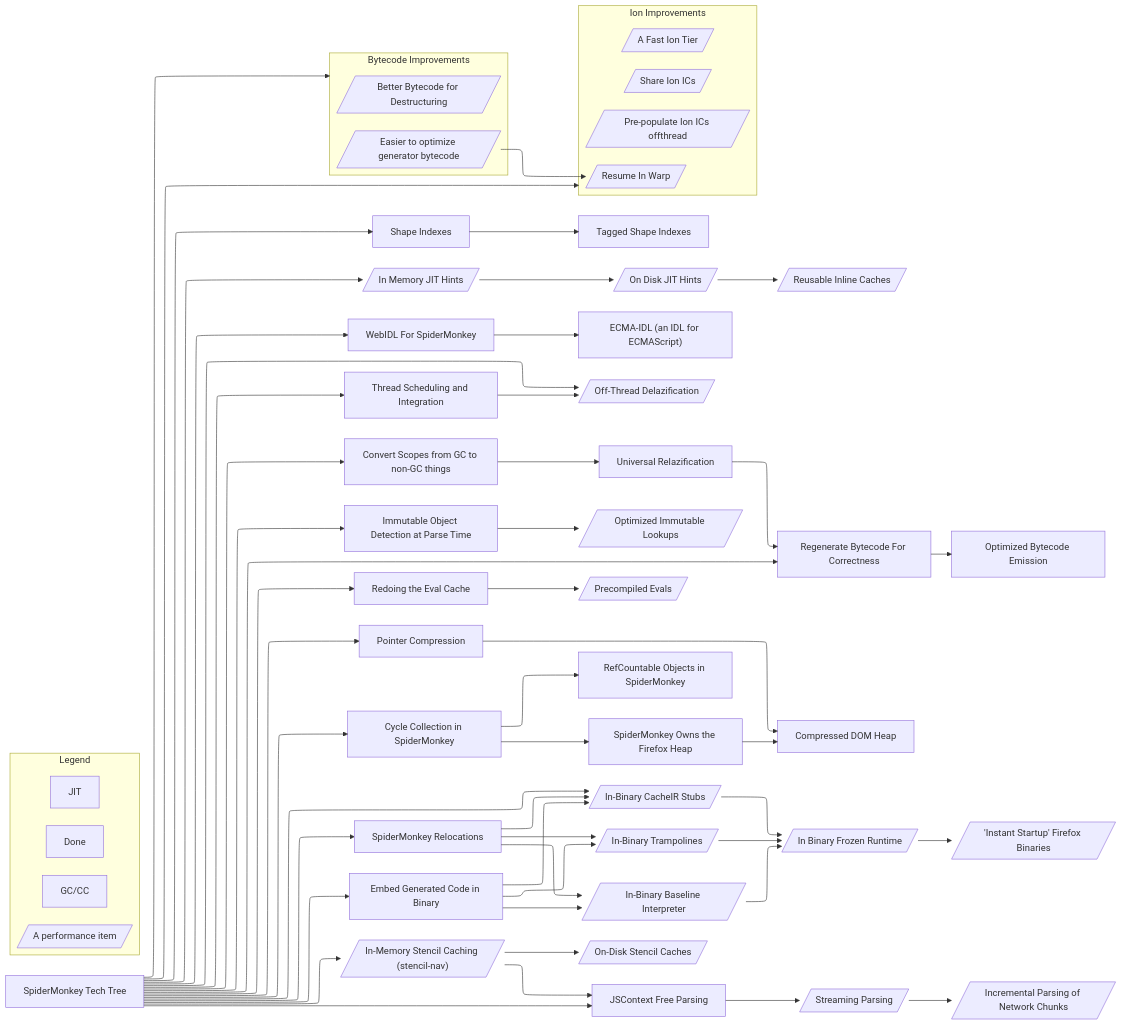
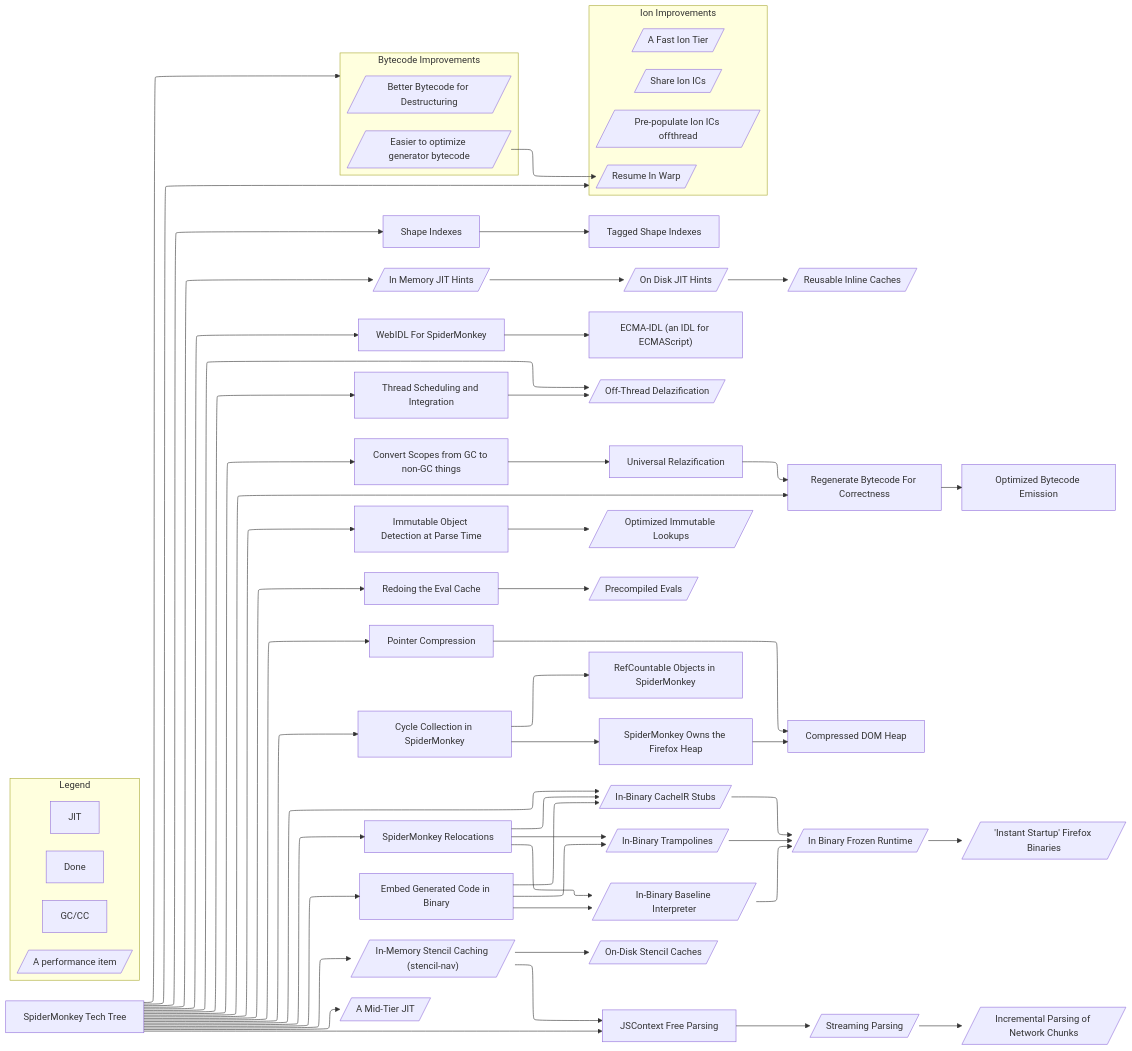
Before and after one commit to mozilla-spidermonkey/spidermonkey.dev: the diagram in tech_tree/diagram.mmd, drawn with Mermaid. The commit also changed 1 other file, not shown here.

Commit message:
Add mid-tier node

```diff
--- a/tech_tree/diagram.mmd
+++ b/tech_tree/diagram.mmd
@@ -1,129 +1,133 @@
 %%{init: {"flowchart": {"defaultRenderer": "elk"}} }%%
 %% Use the elk renderer: Much better for this diagram.
 %% -- However, using elk as our renderer does have downsides. Elk doesn't
 %%    support dotted lines.
 flowchart LR
     subgraph Legend
         Done
         class Done done
 
         GC["GC/CC"]
         class GC GC
 
         JIT
         class JIT JIT
 
 
         perf[/"A performance item"/]
     end
 
     root[SpiderMonkey Tech Tree] --> shapeIndexes[Shape Indexes]
     shapeIndexes --> taggedShapeIndexes[Tagged Shape Indexes]
     click shapeIndexes href "#shapeIndexes"
     click taggedShapeIndexes href "#taggedShapeIndexes"
 
     root --> inMemoryJITHints[/"In Memory JIT Hints"/] --> onDiskJITHints[/"On  Disk JIT Hints"/] --> ric[/"Reusable Inline Caches"/]
     class inMemoryJITHints done;
     click inMemoryJITHints href "https://bugzilla.mozilla.org/show_bug.cgi?id=1824772"
 
     class onDiskJITHints JIT;
     class ric JIT;
 
     click ric href "#ric"
 
     root --> webIDL["WebIDL For SpiderMonkey"] --> ecmaIDL["ECMA-IDL (an IDL for ECMAScript)"]
     root --> scheduling["Thread Scheduling and Integration"] --> offThreadDelazification[/"Off-Thread Delazification"/]
     root --> offThreadDelazification
     root --> nonGCScopes["Convert Scopes from GC to non-GC things"] --> universalRelazification["Universal Relazification"]
     click universalRelazification href "#universalRelazification"
 
     universalRelazification --> tossBytecode["Regenerate Bytecode For Correctness"]
     root --> tossBytecode --> optimizedBytecode["Optimized Bytecode Emission"]
     click tossBytecode href "#tossBytecode"
 
     root --> immutableFlag["Immutable Object Detection at Parse Time"] --> optimizedImmutableLookups[/"Optimized Immutable Lookups"/]
     click immutableFlag href "#immutableFlag"
 
     root --> evalCache["Redoing the Eval Cache"] --> precompiledEval[/"Precompiled Evals"/]
     root --> pointerCompression["Pointer Compression"] --> compressedDOM["Compressed DOM Heap"]
     class pointerCompression GC
     class compressedDOM GC
 
     root --> cc["Cycle Collection in SpiderMonkey"] --> refCount["RefCountable Objects in SpiderMonkey"]
     class cc GC
     class refCount GC
 
     cc --> smHeap["SpiderMonkey Owns the Firefox Heap"] --> compressedDOM
     class smHeap GC
 
     root --> inBinaryStubs[/"In-Binary CacheIR Stubs"/]
     root --> smRelocations["SpiderMonkey Relocations"]
     click smRelocations href "#smRelocations"
 
     frozenRuntime[/"In Binary Frozen Runtime"/]
     frozenRuntime --> bakedFirefox[/"'Instant Startup' Firefox Binaries"/]
 
     smRelocations --> inBinaryStubs --> frozenRuntime
     smRelocations --> inBinaryTrampolines[/"In-Binary Trampolines"/] --> frozenRuntime
     smRelocations --> inBinaryBaseline[/"In-Binary Baseline Interpreter"/] --> frozenRuntime
 
     root --> inBinaryCode["Embed Generated Code in Binary"] --> inBinaryStubs & inBinaryTrampolines & inBinaryBaseline
     click inBinaryCode "#inBinaryCode"
 
 
     root --> stencilNav[/"In-Memory Stencil Caching (stencil-nav)"/]
     stencilNav --> onDiskStencil[/"On-Disk Stencil Caches"/]
     root --> contextFreeParsing["JSContext Free Parsing"]
     stencilNav --> contextFreeParsing
     contextFreeParsing --> streamingParsing[/"Streaming Parsing"/]
     click streamingParsing "#streamingParsing"
 
     streamingParsing --> networkParsing[/"Incremental Parsing of Network Chunks"/]
 
 
 
     subgraph improvedBytecode [Bytecode Improvements]
         destructuringBytecode[/"Better Bytecode for Destructuring"/]
         click destructuringBytecode "#destructuringBytecode"
 
         generatorBytecodeTransforms[/"Easier to optimize generator bytecode"/]
         click generatorBytecodeTransforms "#generatorBytecodeTransforms"
     end
     root --> improvedBytecode
 
 
     generatorBytecodeTransforms --> resumeInWarp
 
     subgraph ionImprovements [Ion Improvements]
         shareIonICs[/"Share Ion ICs"/]
         class shareIonICs JIT
         click shareIonICs "#shareIonICs"
 
         prepopulateIonIcs[/"Pre-populate Ion ICs offthread"/]
         class prepopulateIonIcs JIT
         click prepopulateIonIcs "#prepopulateIonIcs"
 
 
         fastIonTier[/"A Fast Ion Tier"/]
         class fastIonTier JIT
         click fastIonTier "#fastIonTier"
 
         resumeInWarp[/"Resume In Warp"/]
         class resumeInWarp JIT
         click resumeInWarp href "https://bugzilla.mozilla.org/show_bug.cgi?id=1681338"
     end
     root --> ionImprovements
 
+    root --> midTier[/"A Mid-Tier JIT"/]
+    click midTier "#midTier"
+
+
     %% Click Handlers
     %% Example of a programatic click handler for giggles. Notice that the callback
     %% is accessed relative to `window`.
     %% click webIDL callbacks.exampleCallback
 
     %% As an example of how we could group projects together.
     %% Commented out for now.
     %% subgraph "Gecko Managed Runtime"
     %%     cc
     %%     smHeap
     %%     webIDL
     %%     ecmaIDL
     %% end
```
